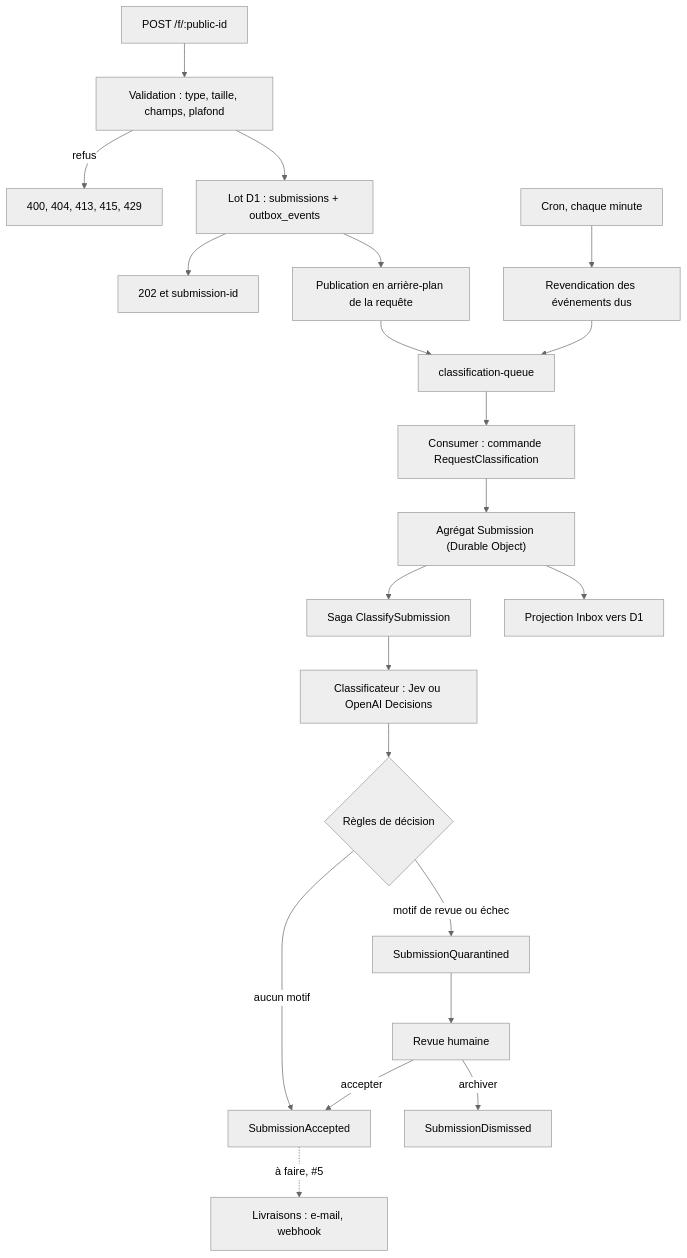
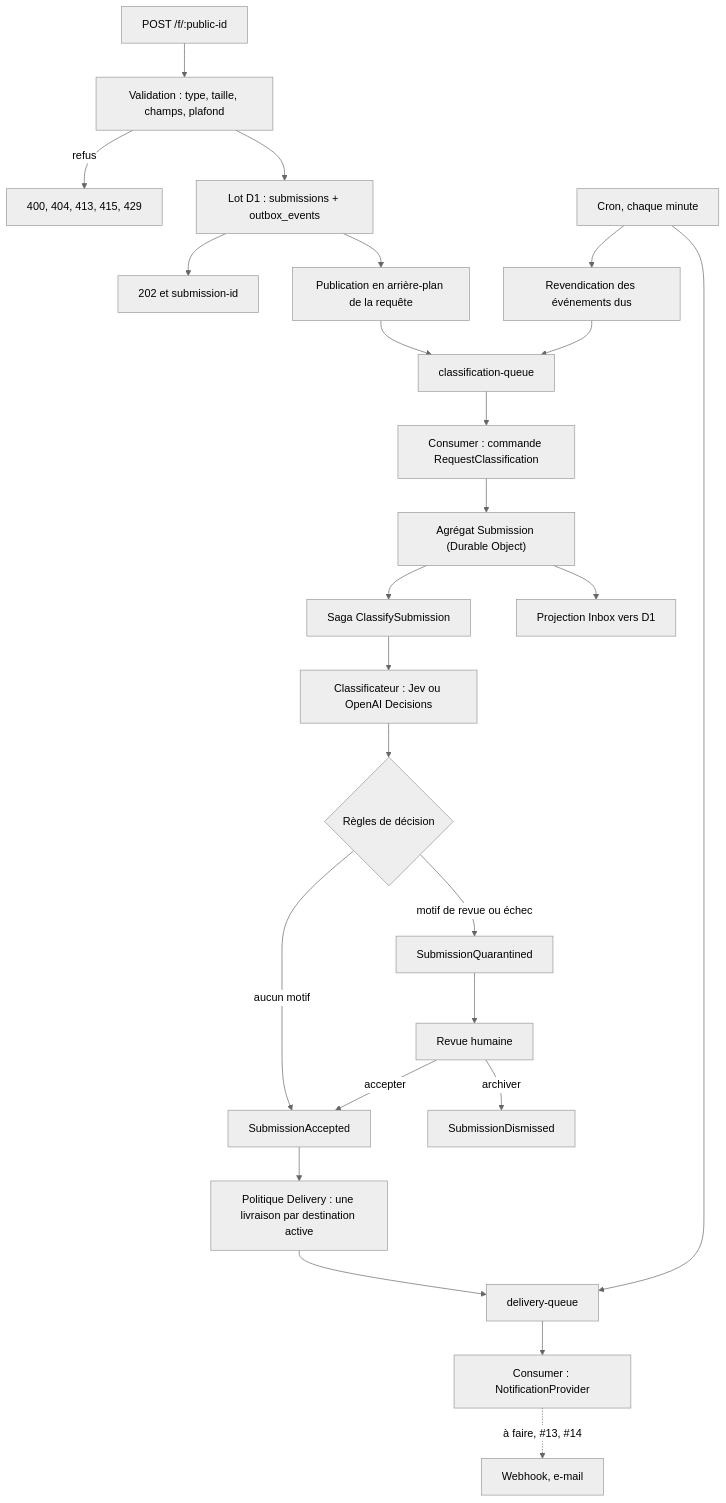
One commit to basaltbytes/rondyr changed the diagram in architecture.md. Above: the diagram before and after it, drawn with Mermaid (neutral theme). The commit also changed other lines of this file and 2 other files, not shown here.

Commit message:
Document the delivery mechanism

````diff
--- a/architecture.md
+++ b/architecture.md
@@ -67,23 +68,27 @@
 ```mermaid
 flowchart TD
   A["POST /f/:public-id"] --> B["Validation : type, taille, champs, plafond"]
   B -->|refus| C["400, 404, 413, 415, 429"]
   B --> D["Lot D1 : submissions + outbox_events"]
   D --> E["202 et submission-id"]
   D --> T["Publication en arrière-plan de la requête"]
   T --> H["classification-queue"]
   F["Cron, chaque minute"] --> G["Revendication des événements dus"]
   G --> H
   H --> I["Consumer : commande RequestClassification"]
   I --> J["Agrégat Submission (Durable Object)"]
   J --> K["Saga ClassifySubmission"]
   K --> L["Classificateur : Jev ou OpenAI Decisions"]
   L --> M{"Règles de décision"}
   M -->|aucun motif| N["SubmissionAccepted"]
   M -->|motif de revue ou échec| O["SubmissionQuarantined"]
   O --> P["Revue humaine"]
   P -->|accepter| N
   P -->|archiver| Q["SubmissionDismissed"]
   J --> R["Projection Inbox vers D1"]
-  N -.->|à faire, #5| S["Livraisons : e-mail, webhook"]
+  N --> S["Politique Delivery : une livraison par destination active"]
+  S --> U["delivery-queue"]
+  F --> U
+  U --> V["Consumer : NotificationProvider"]
+  V -.->|à faire, #13, #14| W["Webhook, e-mail"]
 ```
````
